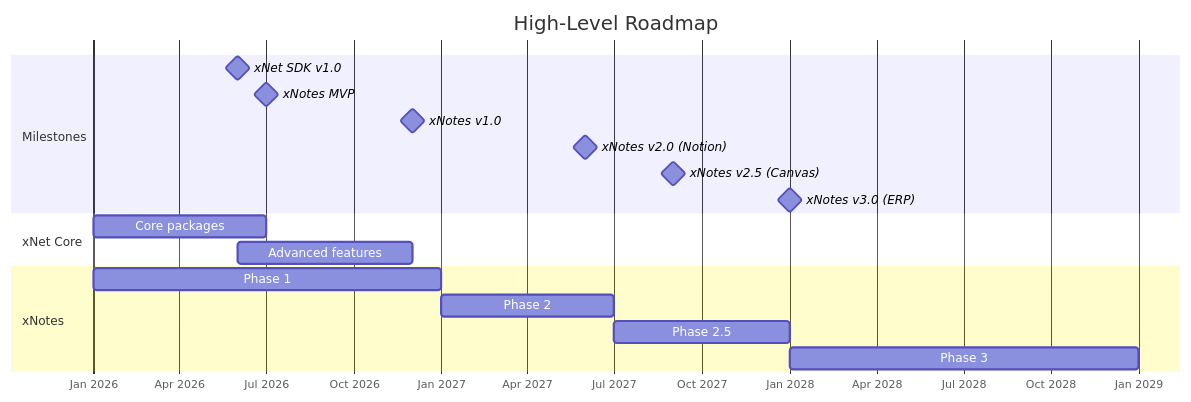
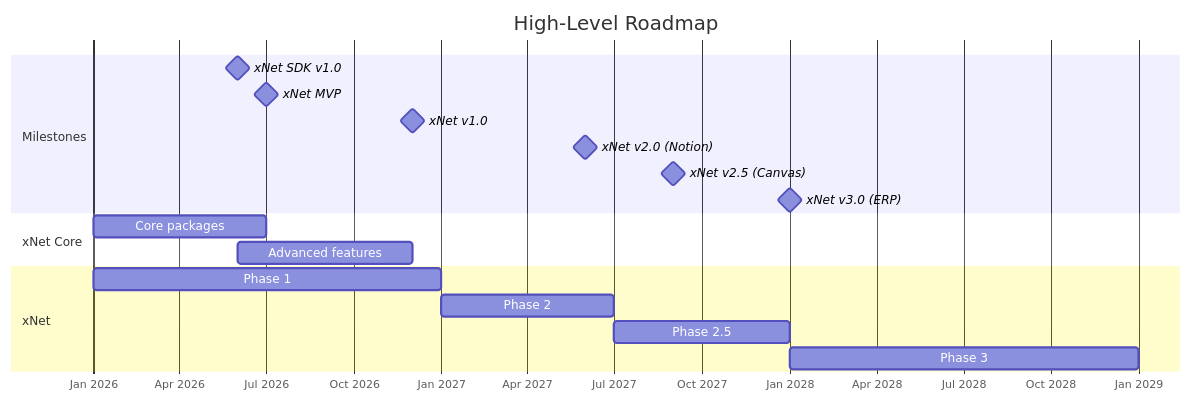
The third of 4 diagrams in docs/plan/README.md (crs48/xNet), drawn with Mermaid before and after one commit. The commit also changed other lines of this file and 44 other files, not shown here.

First line of the commit message:
Rename xNotes to xNet throughout codebase

````diff
--- a/docs/plan/README.md
+++ b/docs/plan/README.md
@@ -189,24 +189,24 @@
 ```mermaid
 gantt
     title High-Level Roadmap
     dateFormat  YYYY-MM
     axisFormat  %b %Y
 
     section Milestones
     xNet SDK v1.0           :milestone, 2026-06, 0d
-    xNotes MVP              :milestone, 2026-07, 0d
-    xNotes v1.0             :milestone, 2026-12, 0d
-    xNotes v2.0 (Notion)    :milestone, 2027-06, 0d
-    xNotes v2.5 (Canvas)    :milestone, 2027-09, 0d
-    xNotes v3.0 (ERP)       :milestone, 2028-01, 0d
+    xNet MVP              :milestone, 2026-07, 0d
+    xNet v1.0             :milestone, 2026-12, 0d
+    xNet v2.0 (Notion)    :milestone, 2027-06, 0d
+    xNet v2.5 (Canvas)    :milestone, 2027-09, 0d
+    xNet v3.0 (ERP)       :milestone, 2028-01, 0d
 
     section xNet Core
     Core packages           :2026-01, 6M
     Advanced features       :2026-06, 6M
 
-    section xNotes
+    section xNet
     Phase 1: Wiki & Tasks   :2026-01, 12M
     Phase 2: Database UI    :2027-01, 6M
     Phase 2.5: Canvas       :2027-07, 6M
     Phase 3: ERP Platform   :2028-01, 12M
 ```
````
